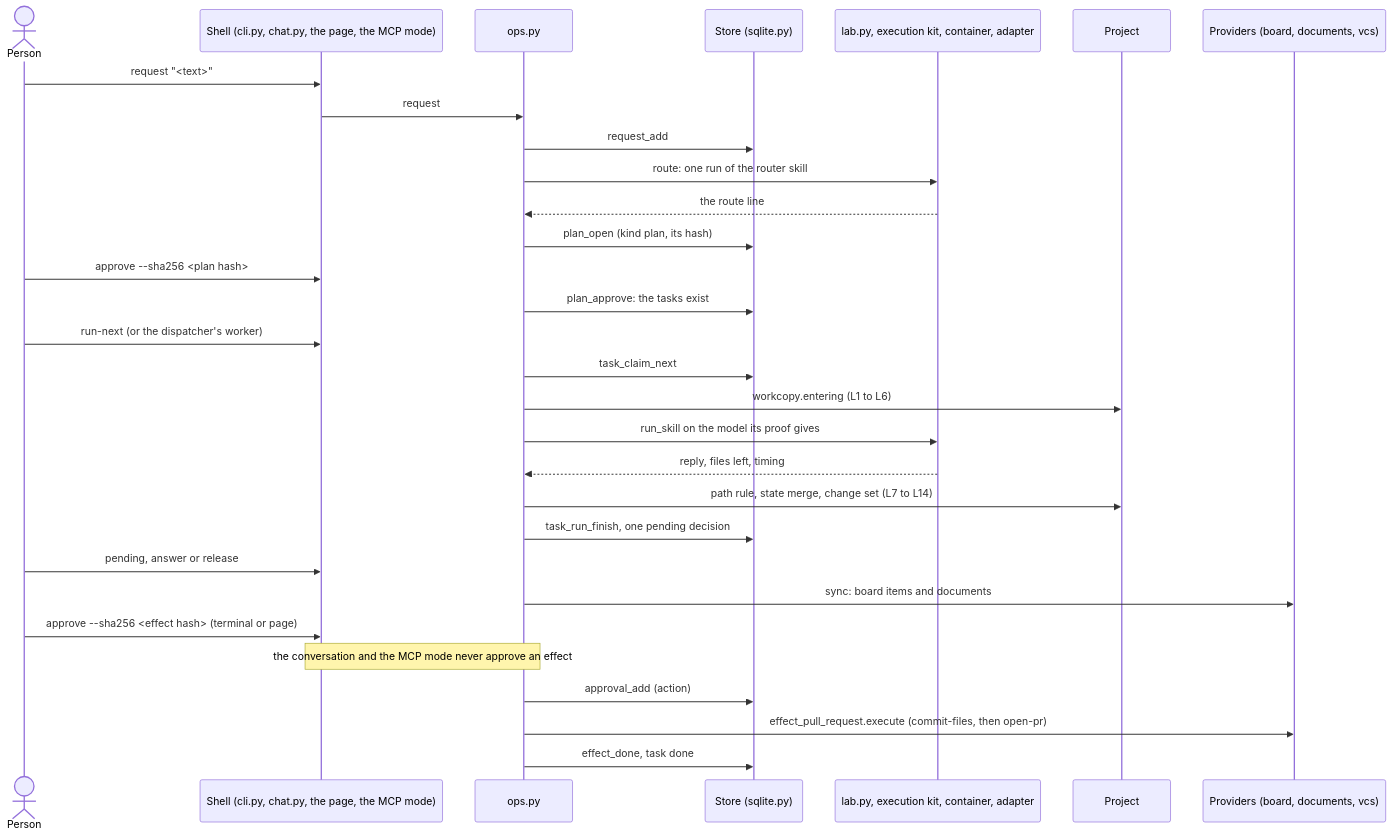
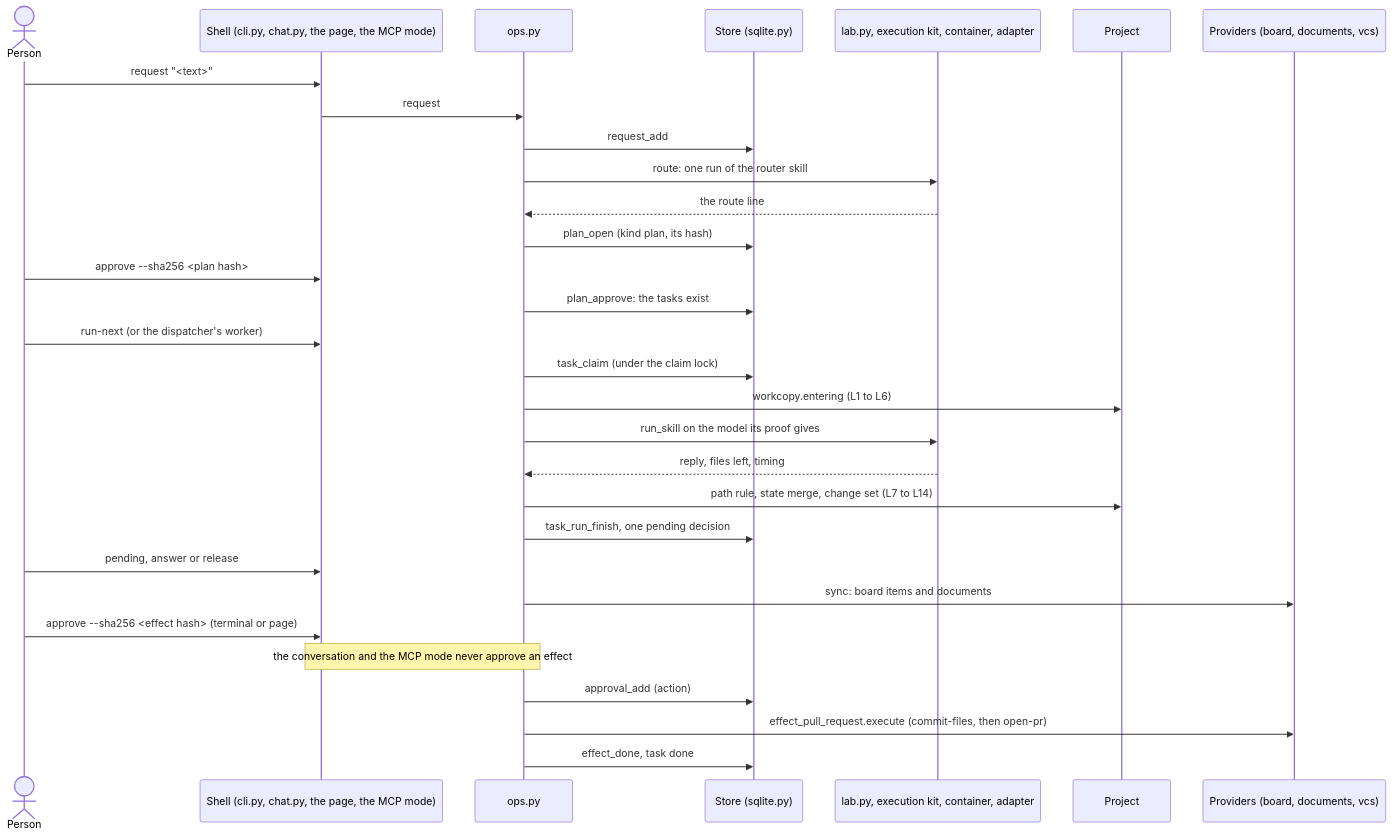
The second of 2 diagrams in docs/architecture/platform/README.md (chrissgon/openhora), drawn with Mermaid before and after one commit. The commit also changed other lines of this file and 286 other files, not shown here.

````diff
--- a/docs/architecture/platform/README.md
+++ b/docs/architecture/platform/README.md
@@ -135,33 +138,33 @@
 ```mermaid
 sequenceDiagram
     actor P as Person
     participant S as Shell (cli.py, chat.py, the page, the MCP mode)
     participant O as ops.py
     participant St as Store (sqlite.py)
     participant L as lab.py, execution kit, container, adapter
     participant Pr as Project
     participant V as Providers (board, documents, vcs)
 
     P->>S: request "<text>"
     S->>O: request
     O->>St: request_add
     O->>L: route: one run of the router skill
     L-->>O: the route line
     O->>St: plan_open (kind plan, its hash)
     P->>S: approve --sha256 <plan hash>
     O->>St: plan_approve: the tasks exist
     P->>S: run-next (or the dispatcher's worker)
-    O->>St: task_claim_next
+    O->>St: task_claim (under the claim lock)
     O->>Pr: workcopy.entering (L1 to L6)
     O->>L: run_skill on the model its proof gives
     L-->>O: reply, files left, timing
     O->>Pr: path rule, state merge, change set (L7 to L14)
     O->>St: task_run_finish, one pending decision
     P->>S: pending, answer or release
     O->>V: sync: board items and documents
     P->>S: approve --sha256 <effect hash> (terminal or page)
     Note over S,O: the conversation and the MCP mode never approve an effect
     O->>St: approval_add (action)
     O->>V: effect_pull_request.execute (commit-files, then open-pr)
     O->>St: effect_done, task done
 ```
````
